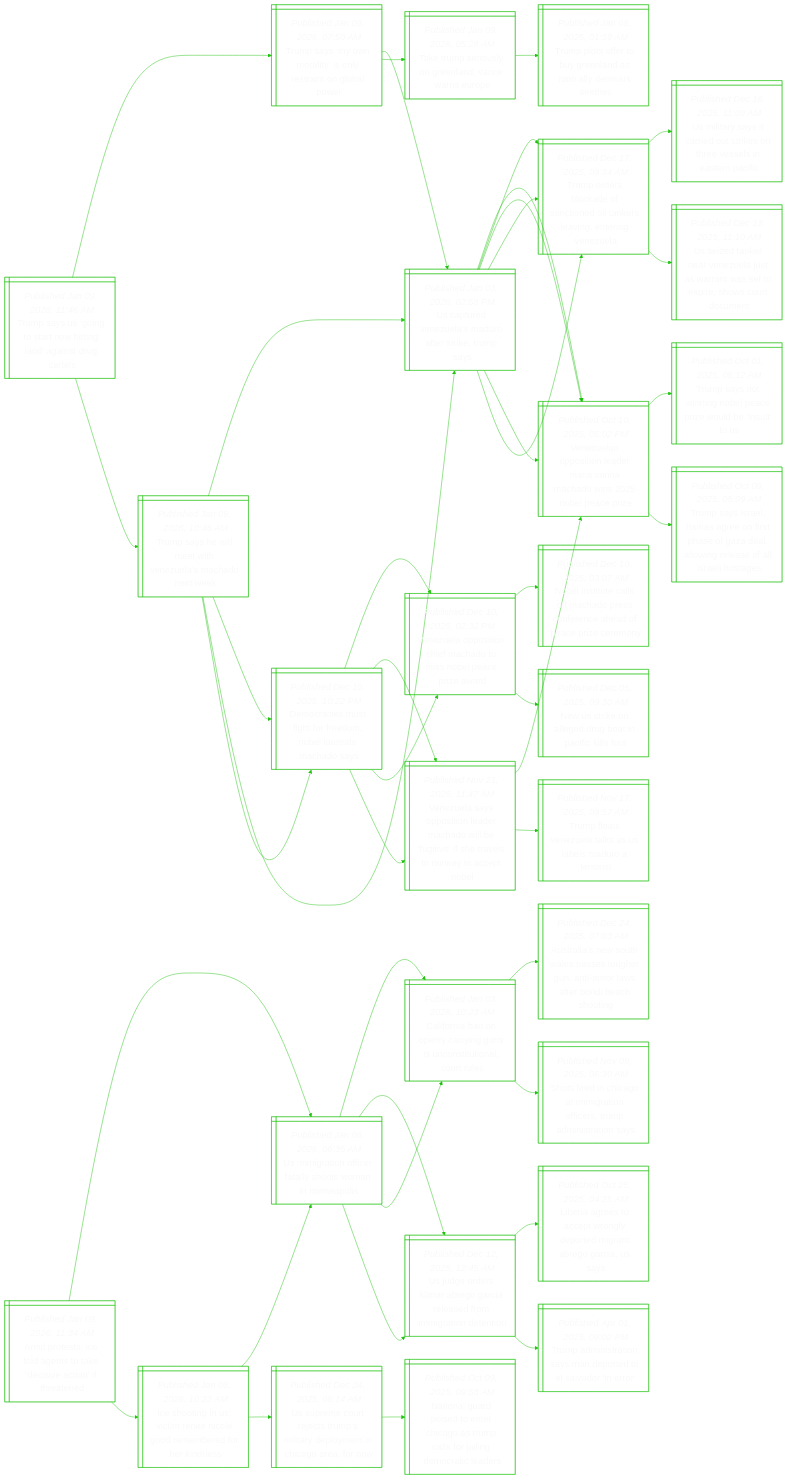
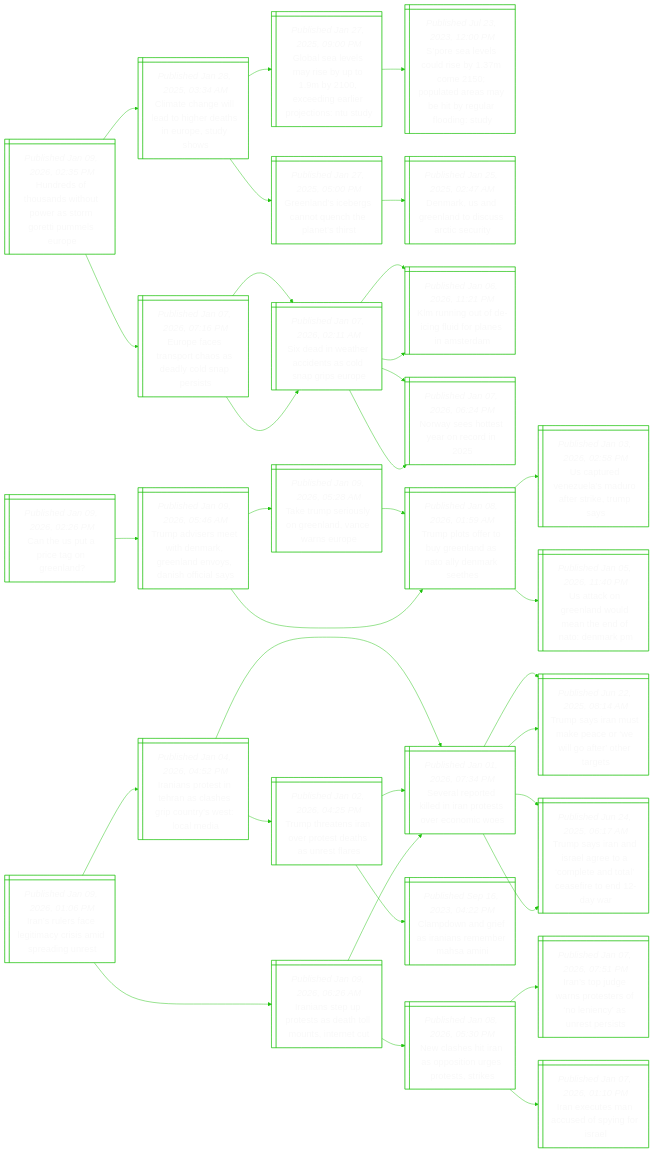
One commit to notJmes/notJmes changed the diagram in README.md. Above: the diagram before and after it, drawn with Mermaid. The commit also changed other lines of this file, not shown here.

````diff
--- a/README.md
+++ b/README.md
@@ -16,136 +16,112 @@
 flowchart LR
 classDef txtsize font-size:20px;
 
-TsSgawinirr@{ shape: win-pane, label: "_Published Jan 09, 2026, 11:46 AM_
-Trump says us ‘going to start now hitting land’ against drug cartels" }
-Tsyotnsnlp@{ shape: win-pane, label: "_Published Jan 09, 2026, 07:50 AM_
-Trump says ‘my own morality’ is only restraint on global power" }
-UtVuMorkms@{ shape: win-pane, label: "_Published Jan 03, 2026, 02:58 PM_
-Us captured venezuela’s maduro after strike, trump says" }
-Vuoilranhibai@{ shape: win-pane, label: "_Published Oct 10, 2025, 05:02 PM_
-Venezuelan opposition leader maria corina machado wins 2025 nobel peace prize" }
-Toskftdasitgz@{ shape: win-pane, label: "_Published Dec 17, 2025, 08:34 AM_
-Trump orders blockade of sanctioned oil tankers leaving, entering venezuela" }
+Hetaitrorplo@{ shape: win-pane, label: "_Published Jan 09, 2026, 02:35 PM_
+Hundreds of thousands without power as storm goretti pummels europe" }
+Ctnldgeiouo@{ shape: win-pane, label: "_Published Jan 28, 2025, 03:34 AM_
+Climate change will lead to higher deaths in europe, study shows" }
+GlemspyeeejoUy@{ shape: win-pane, label: "_Published Jan 27, 2025, 09:00 PM_
+Global sea levels may rise by up to 1.9m by 2100, exceeding earlier projections: ntu study" }
+Ssvoimparaierdt@{ shape: win-pane, label: "_Published Jul 23, 2023, 12:00 PM_
+S’pore sea levels could rise by 1.37m come 2150; populated areas may be hit by regular flooding: study" }
+Glirnutatt@{ shape: win-pane, label: "_Published Jan 27, 2025, 05:00 PM_
+Greenland’s icebergs cannot quench the planet’s thirst" }
+DrnedsAcr@{ shape: win-pane, label: "_Published Jan 25, 2025, 02:47 AM_
+Denmark, us and greenland to discuss arctic security" }
+Eesscadlpi@{ shape: win-pane, label: "_Published Jan 07, 2026, 07:16 PM_
+Europe faces transport chaos as deadly cold snap persists" }
+SaerdadgEe@{ shape: win-pane, label: "_Published Jan 07, 2026, 02:11 AM_
+Six dead in weather accidents as cold snap grips europe" }
+Knodnipssa@{ shape: win-pane, label: "_Published Jan 06, 2026, 11:21 PM_
+Klm running out of de-icing fluid for planes in amsterdam" }
+Nyhsrcn@{ shape: win-pane, label: "_Published Jan 07, 2026, 06:24 PM_
+Norway sees hottest year on record in 2025" }
+SaerdadgEe@{ shape: win-pane, label: "_Published Jan 07, 2026, 02:11 AM_
+Six dead in weather accidents as cold snap grips europe" }
+Knodnipssa@{ shape: win-pane, label: "_Published Jan 06, 2026, 11:21 PM_
+Klm running out of de-icing fluid for planes in amsterdam" }
+Nyhsrcn@{ shape: win-pane, label: "_Published Jan 07, 2026, 06:24 PM_
+Norway sees hottest year on record in 2025" }
+
+Hetaitrorplo:::txtsize --> Ctnldgeiouo:::txtsize
+Ctnldgeiouo:::txtsize --> GlemspyeeejoUy:::txtsize
+GlemspyeeejoUy:::txtsize --> Ssvoimparaierdt:::txtsize
+Ctnldgeiouo:::txtsize --> Glirnutatt:::txtsize
+Glirnutatt:::txtsize --> DrnedsAcr:::txtsize
+Hetaitrorplo:::txtsize --> Eesscadlpi:::txtsize
+Eesscadlpi:::txtsize --> SaerdadgEe:::txtsize
+SaerdadgEe:::txtsize --> Knodnipssa:::txtsize
+SaerdadgEe:::txtsize --> Nyhsrcn:::txtsize
+Eesscadlpi:::txtsize --> SaerdadgEe:::txtsize
+SaerdadgEe:::txtsize --> Knodnipssa:::txtsize
+SaerdadgEe:::txtsize --> Nyhsrcn:::txtsize
+
+Cetcoed@{ shape: win-pane, label: "_Published Jan 09, 2026, 02:26 PM_
+Can the us put a price tag on greenland?" }
+Taeehaenonfas@{ shape: win-pane, label: "_Published Jan 09, 2026, 05:46 AM_
+Trump advisers meet with denmark, greenland envoys, danish official says" }
 TresGlaau@{ shape: win-pane, label: "_Published Jan 09, 2026, 05:28 AM_
 Take trump seriously on greenland, vance warns europe" }
 TpotGlsaekh@{ shape: win-pane, label: "_Published Jan 08, 2026, 01:59 AM_
 Trump plots offer to buy greenland as nato ally denmark seethes" }
-Tseminlcne@{ shape: win-pane, label: "_Published Jan 09, 2026, 10:46 AM_
-Trump says he will meet with venezuela’s machado next week" }
+TpotGlsaekh@{ shape: win-pane, label: "_Published Jan 08, 2026, 01:59 AM_
+Trump plots offer to buy greenland as nato ally denmark seethes" }
 UtVuMorkms@{ shape: win-pane, label: "_Published Jan 03, 2026, 02:58 PM_
 Us captured venezuela’s maduro after strike, trump says" }
-Vuoilranhibai@{ shape: win-pane, label: "_Published Oct 10, 2025, 05:02 PM_
-Venezuelan opposition leader maria corina machado wins 2025 nobel peace prize" }
-Toskftdasitgz@{ shape: win-pane, label: "_Published Dec 17, 2025, 08:34 AM_
-Trump orders blockade of sanctioned oil tankers leaving, entering venezuela" }
-DrsffeNlacs@{ shape: win-pane, label: "_Published Dec 10, 2025, 10:22 PM_
-Democracies must fight for freedom, nobel laureate machado says" }
-Vupthaoseczr@{ shape: win-pane, label: "_Published Dec 10, 2025, 02:32 PM_
-Venezuela opposition chief machado to miss nobel peace prize award" }
-Vuapiaaobiitloteb@{ shape: win-pane, label: "_Published Nov 21, 2025, 11:47 AM_
-Venezuela says opposition leader machado will be ‘fugitive’ if she travels to norway to accept nobel" }
+UaGloeefDr@{ shape: win-pane, label: "_Published Jan 05, 2026, 11:40 PM_
+Us attack on greenland would mean the end of nato: denmark pm" }
 
-TsSgawinirr:::txtsize --> Tsyotnsnlp:::txtsize
-Tsyotnsnlp:::txtsize --> UtVuMorkms:::txtsize
-UtVuMorkms:::txtsize --> Vuoilranhibai:::txtsize
-UtVuMorkms:::txtsize --> Toskftdasitgz:::txtsize
-Tsyotnsnlp:::txtsize --> TresGlaau:::txtsize
+Cetcoed:::txtsize --> Taeehaenonfas:::txtsize
+Taeehaenonfas:::txtsize --> TresGlaau:::txtsize
 TresGlaau:::txtsize --> TpotGlsaekh:::txtsize
-TsSgawinirr:::txtsize --> Tseminlcne:::txtsize
-Tseminlcne:::txtsize --> UtVuMorkms:::txtsize
-UtVuMorkms:::txtsize --> Vuoilranhibai:::txtsize
-UtVuMorkms:::txtsize --> Toskftdasitgz:::txtsize
-Tseminlcne:::txtsize --> DrsffeNlacs:::txtsize
-DrsffeNlacs:::txtsize --> Vupthaoseczr:::txtsize
-DrsffeNlacs:::txtsize --> Vuapiaaobiitloteb:::txtsize
+Taeehaenonfas:::txtsize --> TpotGlsaekh:::txtsize
+TpotGlsaekh:::txtsize --> UtVuMorkms:::txtsize
+TpotGlsaekh:::txtsize --> UaGloeefDr:::txtsize
 
-Arttgtesciee@{ shape: win-pane, label: "_Published Jan 09, 2026, 11:34 AM_
-Amid protests, ice told agents to take ‘decisive action’ if threatened" }
-UiifflomMas@{ shape: win-pane, label: "_Published Jan 08, 2026, 06:35 AM_
-Us immigration officer fatally shoots woman in minneapolis" }
-Coboyyuustlts@{ shape: win-pane, label: "_Published Jan 03, 2026, 10:23 AM_
-California ban on openly carrying guns is unconstitutional, court rules" }
-AaNulsornratnaog@{ shape: win-pane, label: "_Published Dec 24, 2025, 07:03 AM_
-Australia’s new south wales passes tougher gun, anti-terror laws after bondi beach shooting" }
-SfictgoiTaita@{ shape: win-pane, label: "_Published Nov 09, 2025, 06:30 AM_
-Shots fired in chicago at immigration officers, trump administration says" }
-UgelbGaarmtei@{ shape: win-pane, label: "_Published Dec 12, 2025, 12:45 AM_
-Us judge orders kilmar abrego garcia released from immigration detention" }
-LieatgpdaraUs@{ shape: win-pane, label: "_Published Oct 25, 2025, 04:25 AM_
-Liberia agrees to accept wrongly deported migrant abrego garcia, us says" }
-Taitanrolrr@{ shape: win-pane, label: "_Published Apr 01, 2025, 09:02 PM_
-Trump administration says man deported to el salvador ‘in error’" }
-IogVmeldmded@{ shape: win-pane, label: "_Published Jan 08, 2026, 10:23 AM_
-Ice shooting in us: victim renee nicole good remembered for her kindness" }
-UiifflomMas@{ shape: win-pane, label: "_Published Jan 08, 2026, 06:35 AM_
-Us immigration officer fatally shoots woman in minneapolis" }
-Coboyyuustlts@{ shape: win-pane, label: "_Published Jan 03, 2026, 10:23 AM_
-California ban on openly carrying guns is unconstitutional, court rules" }
-UgelbGaarmtei@{ shape: win-pane, label: "_Published Dec 12, 2025, 12:45 AM_
-Us judge orders kilmar abrego garcia released from immigration detention" }
-Uroespidyicrr@{ shape: win-pane, label: "_Published Dec 24, 2025, 06:14 AM_
-Us supreme court rejects trump’s military deployment in chicago area, for now" }
-NnaioraTcfiDrlr@{ shape: win-pane, label: "_Published Oct 09, 2025, 09:58 AM_
-National guard poised to enter chicago as trump calls for jailing democratic leaders" }
+Irslicssdn@{ shape: win-pane, label: "_Published Jan 09, 2026, 01:06 PM_
+Iran’s rulers face legitimacy crisis amid spreading unrest" }
+Iaoirceptecd@{ shape: win-pane, label: "_Published Jan 04, 2026, 04:52 PM_
+Iranians protest in tehran as clashes grip country’s west: local media" }
+Saokdatocis@{ shape: win-pane, label: "_Published Jan 01, 2026, 07:34 PM_
+Several reported killed in iran protests over economic woes" }
+Tsrseeworre@{ shape: win-pane, label: "_Published Jun 22, 2025, 08:14 AM_
+Trump says iran must make peace or ‘we will go after’ other targets" }
+Tsrdeecedletdr@{ shape: win-pane, label: "_Published Jun 24, 2025, 06:17 AM_
+Trump says iran and israel agree to a ‘complete and total’ ceasefire to end 12-day war" }
+Tttreteaea@{ shape: win-pane, label: "_Published Jan 02, 2026, 04:25 PM_
+Trump threatens iran over protest deaths as unrest flares" }
+Saokdatocis@{ shape: win-pane, label: "_Published Jan 01, 2026, 07:34 PM_
+Several reported killed in iran protests over economic woes" }
+CdnerneMA@{ shape: win-pane, label: "_Published Sep 16, 2023, 04:22 PM_
+Clampdown and grief as iranians remember mahsa amini" }
+Iaerteoune@{ shape: win-pane, label: "_Published Jan 09, 2026, 06:26 AM_
+Iranians step up protests as death toll mounts, internet cut" }
+Saokdatocis@{ shape: win-pane, label: "_Published Jan 01, 2026, 07:34 PM_
+Several reported killed in iran protests over economic woes" }
+Tsrseeworre@{ shape: win-pane, label: "_Published Jun 22, 2025, 08:14 AM_
+Trump says iran must make peace or ‘we will go after’ other targets" }
+Tsrdeecedletdr@{ shape: win-pane, label: "_Published Jun 24, 2025, 06:17 AM_
+Trump says iran and israel agree to a ‘complete and total’ ceasefire to end 12-day war" }
+Nahaptrrti@{ shape: win-pane, label: "_Published Jan 08, 2026, 05:30 PM_
+New clashes hit iran as opposition urges protests, strikes" }
+Itdroeniaers@{ shape: win-pane, label: "_Published Jan 07, 2026, 07:51 PM_
+Iran’s top judge warns protesters of ‘no leniency’ as unrest persists" }
+Ixeaepfr@{ shape: win-pane, label: "_Published Jan 07, 2026, 01:10 PM_
+Iran executes man accused of spying for israel" }
 
-Arttgtesciee:::txtsize --> UiifflomMas:::txtsize
-UiifflomMas:::txtsize --> Coboyyuustlts:::txtsize
-Coboyyuustlts:::txtsize --> AaNulsornratnaog:::txtsize
-Coboyyuustlts:::txtsize --> SfictgoiTaita:::txtsize
-UiifflomMas:::txtsize --> UgelbGaarmtei:::txtsize
-UgelbGaarmtei:::txtsize --> LieatgpdaraUs:::txtsize
-UgelbGaarmtei:::txtsize --> Taitanrolrr:::txtsize
-Arttgtesciee:::txtsize --> IogVmeldmded:::txtsize
-IogVmeldmded:::txtsize --> UiifflomMas:::txtsize
-UiifflomMas:::txtsize --> Coboyyuustlts:::txtsize
-UiifflomMas:::txtsize --> UgelbGaarmtei:::txtsize
-IogVmeldmded:::txtsize --> Uroespidyicrr:::txtsize
-Uroespidyicrr:::txtsize --> NnaioraTcfiDrlr:::txtsize
-
-Tseminlcne@{ shape: win-pane, label: "_Published Jan 09, 2026, 10:46 AM_
-Trump says he will meet with venezuela’s machado next week" }
-UtVuMorkms@{ shape: win-pane, label: "_Published Jan 03, 2026, 02:58 PM_
-Us captured venezuela’s maduro after strike, trump says" }
-Vuoilranhibai@{ shape: win-pane, label: "_Published Oct 10, 2025, 05:02 PM_
-Venezuelan opposition leader maria corina machado wins 2025 nobel peace prize" }
-TsonoeroelS@{ shape: win-pane, label: "_Published Oct 01, 2025, 05:12 AM_
-Trump says not winning nobel peace prize would be ‘insult’ to us" }
-TssHaossaaorslaoe@{ shape: win-pane, label: "_Published Oct 09, 2025, 05:09 AM_
-Trump says israel, hamas agree on first phase of gaza deal, allowing release of all israeli hostages" }
-Toskftdasitgz@{ shape: win-pane, label: "_Published Dec 17, 2025, 08:34 AM_
-Trump orders blockade of sanctioned oil tankers leaving, entering venezuela" }
-Uistitktvlanf@{ shape: win-pane, label: "_Published Dec 16, 2025, 11:09 AM_
-Us military says it carried out strikes on three vessels in eastern pacific" }
-Uznenltrwtphoon@{ shape: win-pane, label: "_Published Dec 13, 2025, 11:10 AM_
-Us seized tanker near venezuela just as warrant was set to expire, shows court document" }
-DrsffeNlacs@{ shape: win-pane, label: "_Published Dec 10, 2025, 10:22 PM_
-Democracies must fight for freedom, nobel laureate machado says" }
-Vupthaoseczr@{ shape: win-pane, label: "_Published Dec 10, 2025, 02:32 PM_
-Venezuela opposition chief machado to miss nobel peace prize award" }
-NItafhroehfeem@{ shape: win-pane, label: "_Published Dec 10, 2025, 03:07 AM_
-Nobel institute calls off machado press conference ahead of peace prize ceremony" }
-NseldoPilr@{ shape: win-pane, label: "_Published Dec 05, 2025, 09:30 AM_
-New us strike on alleged drug boat in pacific kills four" }
-Vuapiaaobiitloteb@{ shape: win-pane, label: "_Published Nov 21, 2025, 11:47 AM_
-Venezuela says opposition leader machado will be ‘fugitive’ if she travels to norway to accept nobel" }
-Vuoilranhibai@{ shape: win-pane, label: "_Published Oct 10, 2025, 05:02 PM_
-Venezuelan opposition leader maria corina machado wins 2025 nobel peace prize" }
-TfsztaaMort@{ shape: win-pane, label: "_Published Nov 17, 2025, 08:57 AM_
-Trump floats venezuela talks as us labels maduro a terrorist" }
-
-Tseminlcne:::txtsize --> UtVuMorkms:::txtsize
-UtVuMorkms:::txtsize --> Vuoilranhibai:::txtsize
-Vuoilranhibai:::txtsize --> TsonoeroelS:::txtsize
-Vuoilranhibai:::txtsize --> TssHaossaaorslaoe:::txtsize
-UtVuMorkms:::txtsize --> Toskftdasitgz:::txtsize
-Toskftdasitgz:::txtsize --> Uistitktvlanf:::txtsize
-Toskftdasitgz:::txtsize --> Uznenltrwtphoon:::txtsize
-Tseminlcne:::txtsize --> DrsffeNlacs:::txtsize
-DrsffeNlacs:::txtsize --> Vupthaoseczr:::txtsize
-Vupthaoseczr:::txtsize --> NItafhroehfeem:::txtsize
-Vupthaoseczr:::txtsize --> NseldoPilr:::txtsize
-DrsffeNlacs:::txtsize --> Vuapiaaobiitloteb:::txtsize
-Vuapiaaobiitloteb:::txtsize --> Vuoilranhibai:::txtsize
-Vuapiaaobiitloteb:::txtsize --> TfsztaaMort:::txtsize
+Irslicssdn:::txtsize --> Iaoirceptecd:::txtsize
+Iaoirceptecd:::txtsize --> Saokdatocis:::txtsize
+Saokdatocis:::txtsize --> Tsrseeworre:::txtsize
+Saokdatocis:::txtsize --> Tsrdeecedletdr:::txtsize
+Iaoirceptecd:::txtsize --> Tttreteaea:::txtsize
+Tttreteaea:::txtsize --> Saokdatocis:::txtsize
+Tttreteaea:::txtsize --> CdnerneMA:::txtsize
+Irslicssdn:::txtsize --> Iaerteoune:::txtsize
+Iaerteoune:::txtsize --> Saokdatocis:::txtsize
+Saokdatocis:::txtsize --> Tsrseeworre:::txtsize
+Saokdatocis:::txtsize --> Tsrdeecedletdr:::txtsize
+Iaerteoune:::txtsize --> Nahaptrrti:::txtsize
+Nahaptrrti:::txtsize --> Itdroeniaers:::txtsize
+Nahaptrrti:::txtsize --> Ixeaepfr:::txtsize
 
 ```
````
